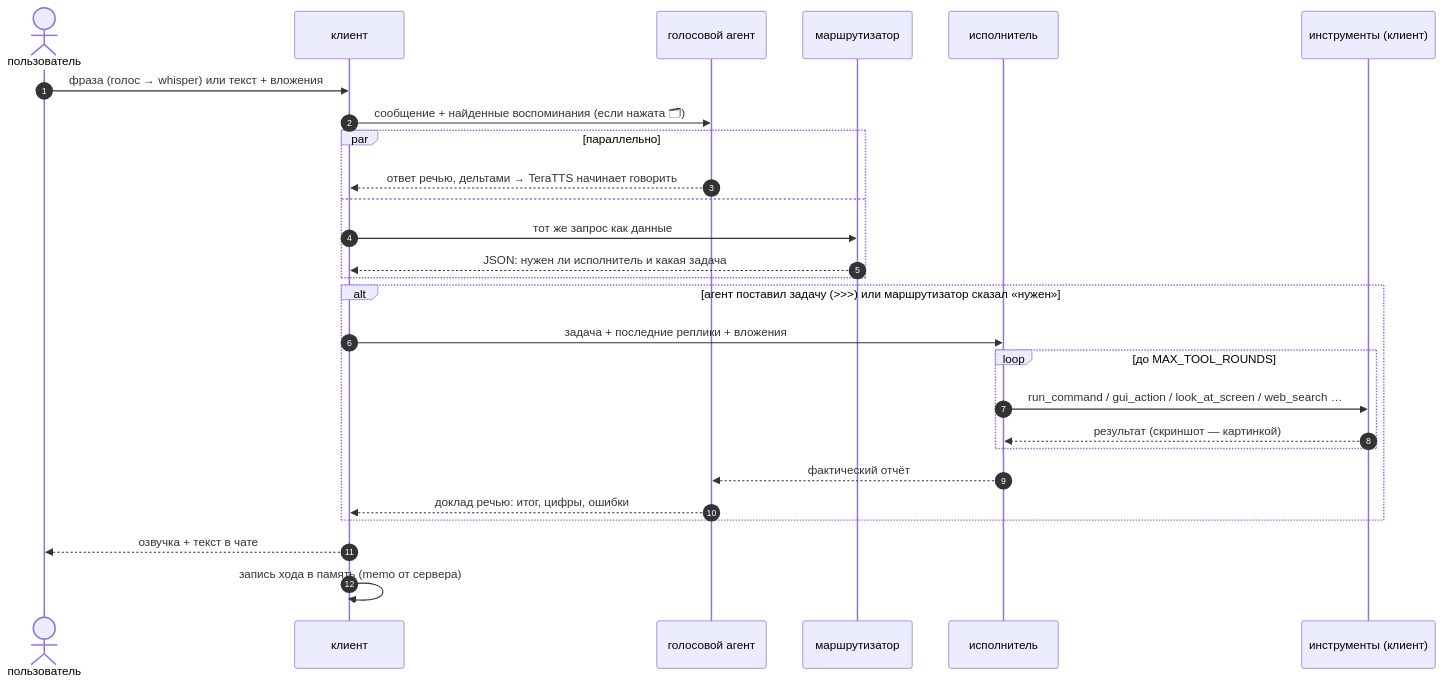
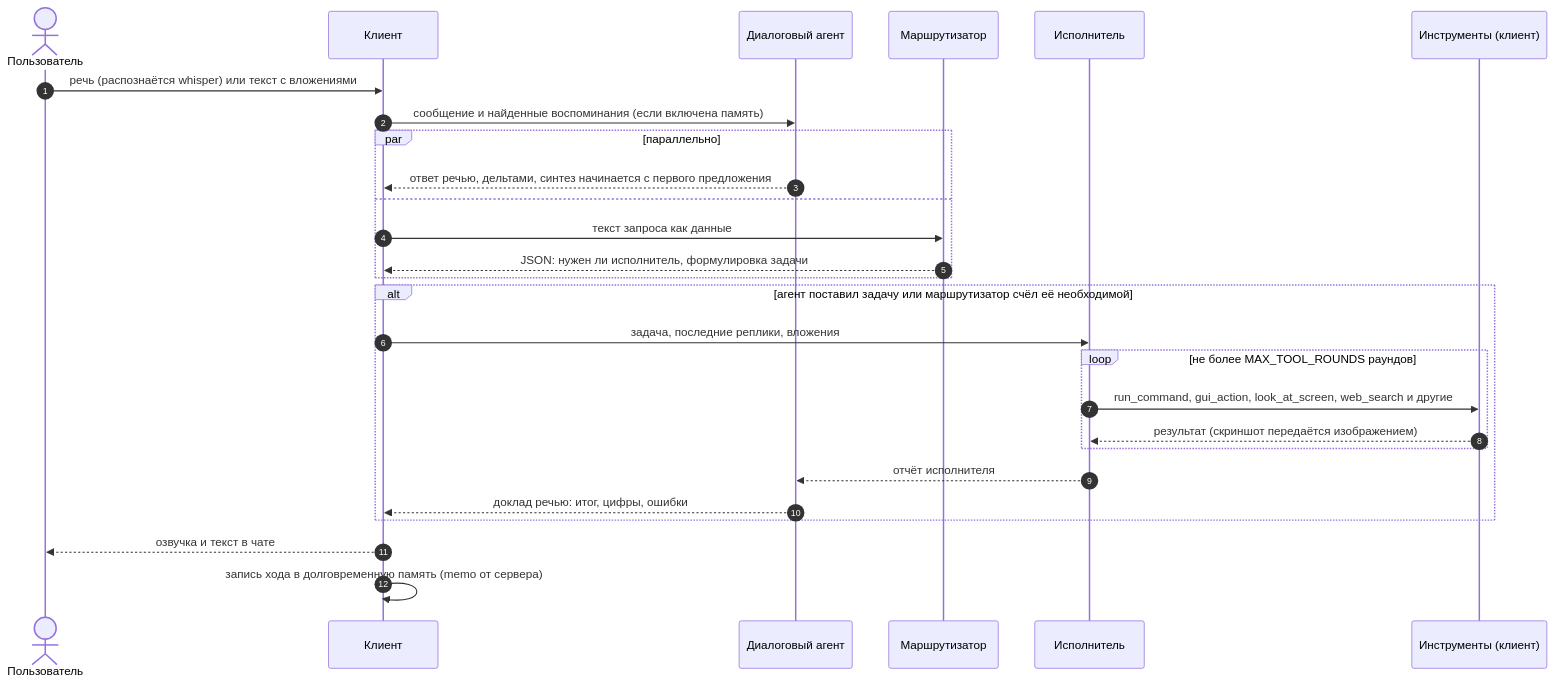
The fourth of 6 diagrams in README.md (ALeksandr13254/NemoAgent), drawn with Mermaid before and after one commit. The commit also changed other lines of this file, not shown here.

First line of the commit message:
README: технический стиль, оглавление, шесть подписанных диаграмм

````diff
--- a/README.md
+++ b/README.md
@@ -90,30 +306,30 @@
 ```mermaid
 sequenceDiagram
     autonumber
-    actor U as пользователь
-    participant C as клиент
-    participant D as голосовой агент
-    participant R as маршрутизатор
-    participant X as исполнитель
-    participant T as инструменты (клиент)
+    actor U as Пользователь
+    participant C as Клиент
+    participant D as Диалоговый агент
+    participant R as Маршрутизатор
+    participant X as Исполнитель
+    participant T as Инструменты (клиент)
 
-    U->>C: фраза (голос → whisper) или текст + вложения
-    C->>D: сообщение + найденные воспоминания (если нажата 🗂)
+    U->>C: речь (распознаётся whisper) или текст с вложениями
+    C->>D: сообщение и найденные воспоминания (если включена память)
     par параллельно
-        D-->>C: ответ речью, дельтами → TeraTTS начинает говорить
+        D-->>C: ответ речью, дельтами, синтез начинается с первого предложения
     and
-        C->>R: тот же запрос как данные
-        R-->>C: JSON: нужен ли исполнитель и какая задача
+        C->>R: текст запроса как данные
+        R-->>C: JSON: нужен ли исполнитель, формулировка задачи
     end
-    alt агент поставил задачу (>>>) или маршрутизатор сказал «нужен»
-        C->>X: задача + последние реплики + вложения
-        loop до MAX_TOOL_ROUNDS
-            X->>T: run_command / gui_action / look_at_screen / web_search …
-            T-->>X: результат (скриншот — картинкой)
+    alt агент поставил задачу или маршрутизатор счёл её необходимой
+        C->>X: задача, последние реплики, вложения
+        loop не более MAX_TOOL_ROUNDS раундов
+            X->>T: run_command, gui_action, look_at_screen, web_search и другие
+            T-->>X: результат (скриншот передаётся изображением)
         end
-        X-->>D: фактический отчёт
+        X-->>D: отчёт исполнителя
         D-->>C: доклад речью: итог, цифры, ошибки
     end
-    C-->>U: озвучка + текст в чате
-    C->>C: запись хода в память (memo от сервера)
+    C-->>U: озвучка и текст в чате
+    C->>C: запись хода в долговременную память (memo от сервера)
 ```
````
